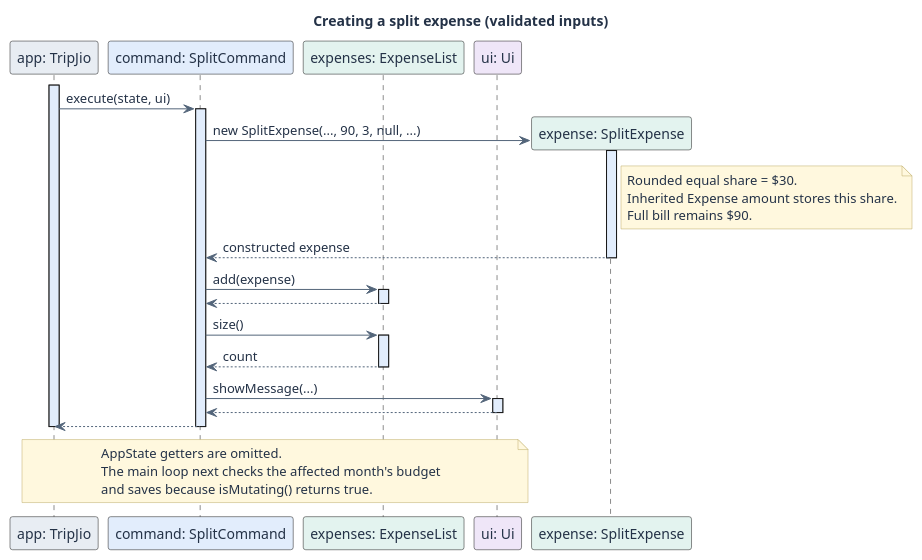
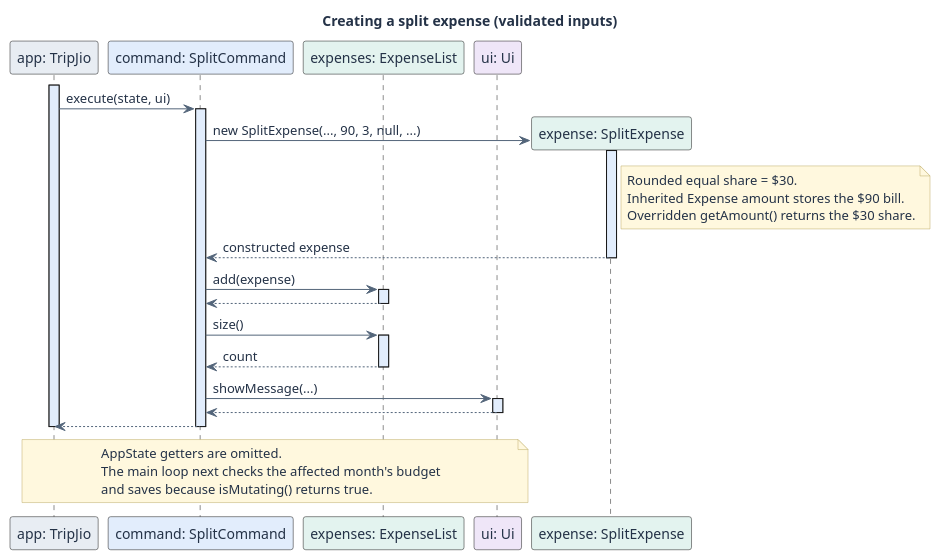
One commit to AY2627S1-CS2113-W10-1/tp changed the diagram in docs/diagrams/SplitSequence.puml. Above: the diagram before and after it, drawn with PlantUML. The commit also changed 11 other files, not shown here.

```diff
--- a/docs/diagrams/SplitSequence.puml
+++ b/docs/diagrams/SplitSequence.puml
@@ -1,39 +1,39 @@
 @startuml
 skinparam shadowing false
 skinparam backgroundColor #FFFFFF
 skinparam defaultFontColor #243247
 skinparam ArrowColor #53657A
 skinparam sequenceLifeLineBackgroundColor #E2EDFC
 skinparam NoteBackgroundColor #FFF8DE
 skinparam NoteBorderColor #BDAA65
 title Creating a split expense (validated inputs)
 participant "app: TripJio" as App #E8EDF3
 participant "command: SplitCommand" as Cmd #E2EDFC
 participant "expenses: ExpenseList" as Expenses #E3F3EF
 participant "ui: Ui" as Ui #EFE6F8
 activate App
 App -> Cmd ++ : execute(state, ui)
 create participant "expense: SplitExpense" as Split #E3F3EF
 Cmd -> Split : new SplitExpense(..., 90, 3, null, ...)
 activate Split
 note right of Split
   Rounded equal share = $30.
-  Inherited Expense amount stores this share.
-  Full bill remains $90.
+  Inherited Expense amount stores the $90 bill.
+  Overridden getAmount() returns the $30 share.
 end note
 Split --> Cmd : constructed expense
 deactivate Split
 Cmd -> Expenses ++ : add(expense)
 Expenses --> Cmd --
 Cmd -> Expenses ++ : size()
 Expenses --> Cmd -- : count
 Cmd -> Ui ++ : showMessage(...)
 Ui --> Cmd --
 Cmd --> App --
 note over App, Ui
   AppState getters are omitted.
   The main loop next checks the affected month's budget
   and saves because isMutating() returns true.
 end note
 deactivate App
 @enduml
```
